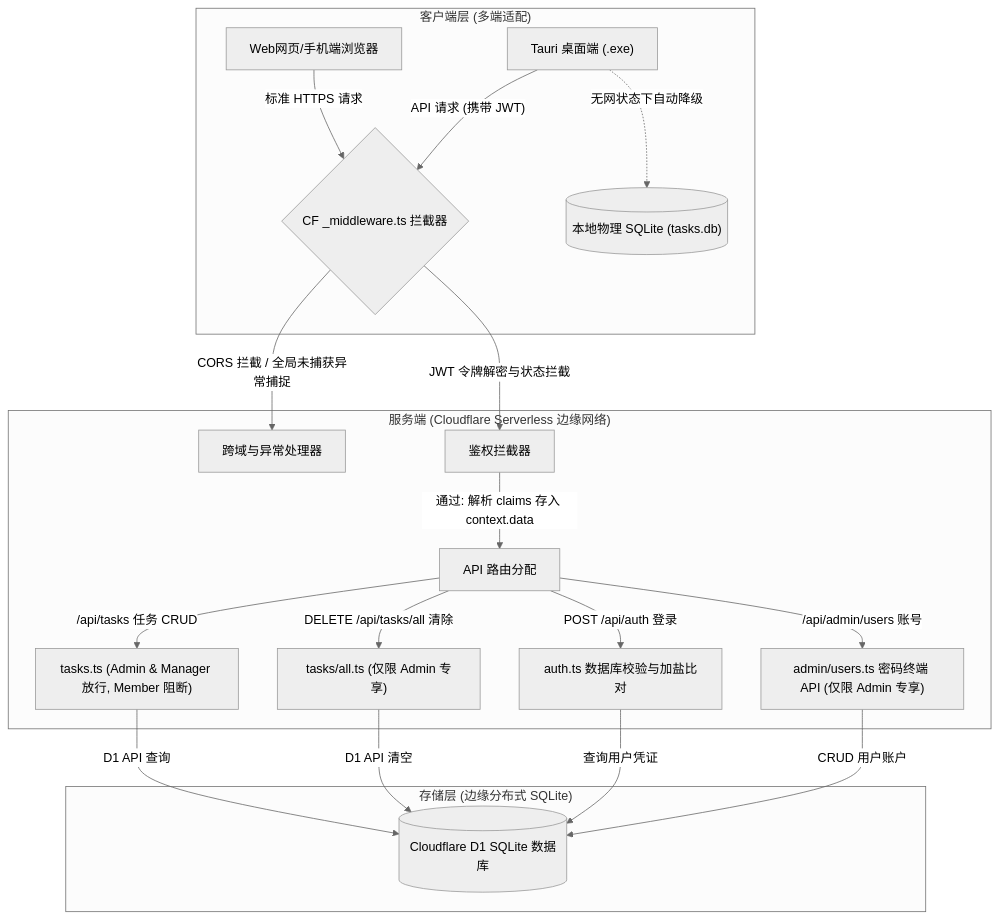
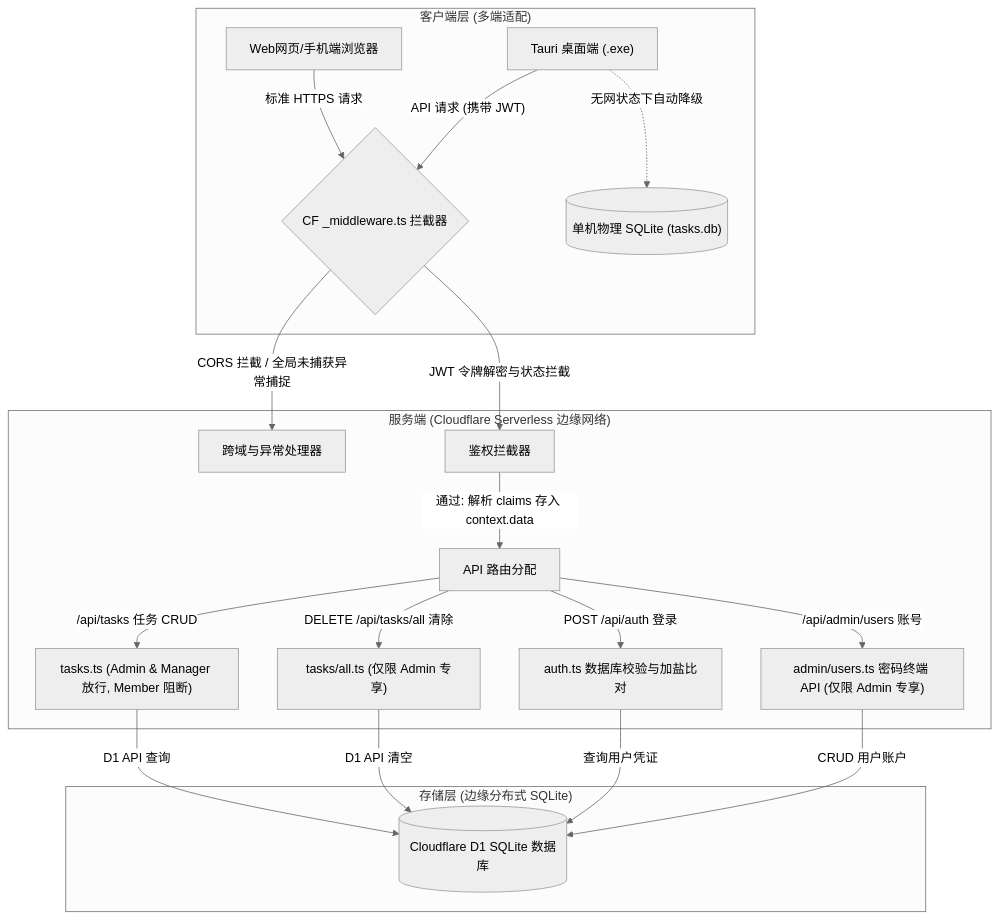
One commit to minxzhang18379-stack/A-task-fee-statistics changed the diagram in README.md. Above: the diagram before and after it, drawn with Mermaid (neutral theme). The commit also changed other lines of this file and 4 other files, not shown here.

````diff
--- a/README.md
+++ b/README.md
@@ -49,28 +49,28 @@
 ```mermaid
 graph TD
     subgraph ClientLayer ["客户端层 (多端适配)"]
         WebClient["Web网页/手机端浏览器"] -->|"标准 HTTPS 请求"| CF_Gateway
         TauriClient["Tauri 桌面端 (.exe)"] -->|"API 请求 (携带 JWT)"| CF_Gateway
-        TauriClient -.->|"无网状态下自动降级"| LocalSQLite[("本地物理 SQLite (tasks.db)")]
+        TauriClient -.->|"无网状态下自动降级"| LocalSQLite[("单机物理 SQLite (tasks.db)")]
     end
 
     subgraph ServerLayer ["服务端 (Cloudflare Serverless 边缘网络)"]
         CF_Gateway{"CF _middleware.ts 拦截器"}
         CF_Gateway -->|"CORS 拦截 / 全局未捕获异常捕捉"| CORS_Gate["跨域与异常处理器"]
         CF_Gateway -->|"JWT 令牌解密与状态拦截"| Auth_Gate["鉴权拦截器"]
         
         Auth_Gate -->|"通过: 解析 claims 存入 context.data"| Route_API["API 路由分配"]
         
         Route_API -->|"POST /api/auth 登录"| Auth_API["auth.ts 数据库校验与加盐比对"]
         Route_API -->|"/api/tasks 任务 CRUD"| Task_API["tasks.ts (Admin & Manager 放行, Member 阻断)"]
         Route_API -->|"DELETE /api/tasks/all 清除"| Clear_API["tasks/all.ts (仅限 Admin 专享)"]
         Route_API -->|"/api/admin/users 账号"| Admin_API["admin/users.ts 密码终端 API (仅限 Admin 专享)"]
     end
 
     subgraph StorageLayer ["存储层 (边缘分布式 SQLite)"]
         Task_API -->|"D1 API 查询"| D1[("Cloudflare D1 SQLite 数据库")]
         Clear_API -->|"D1 API 清空"| D1
         Auth_API -->|"查询用户凭证"| D1
         Admin_API -->|"CRUD 用户账户"| D1
     end
 ```
````
